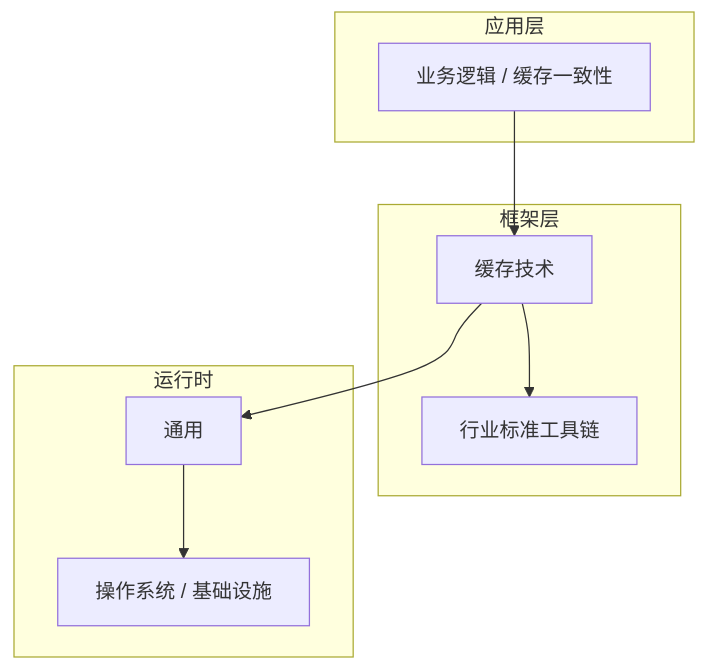
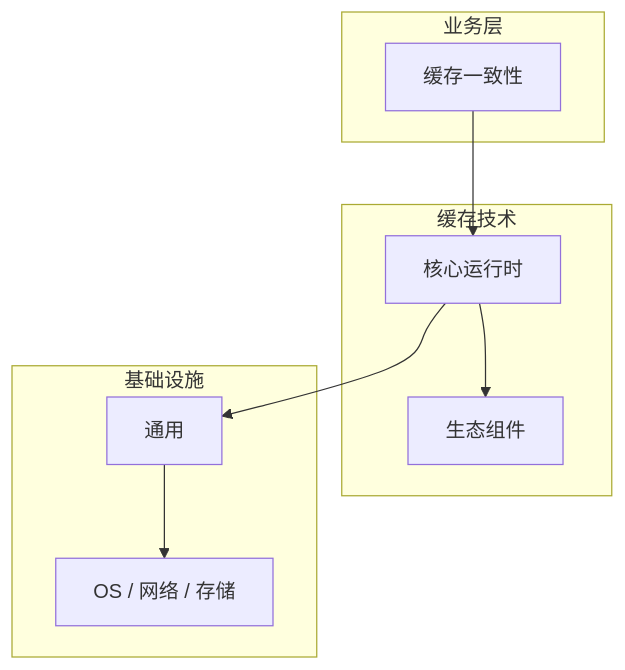
Before and after one commit to yanggan2015/knowledge-json-v2: the diagram in articles/缓存技术/chapters/031-缓存一致性核心概念与原理.md, drawn with Mermaid. The commit also changed other lines of this file and 10127 other files, not shown here.

````diff
--- a/articles/缓存技术/chapters/031-缓存一致性核心概念与原理.md
+++ b/articles/缓存技术/chapters/031-缓存一致性核心概念与原理.md
@@ -45,18 +34,18 @@
 ```mermaid
 graph TB
-    subgraph 应用层
-        A[业务逻辑 / 缓存一致性]
+    subgraph 业务层
+        A[缓存一致性]
     end
-    subgraph 框架层
-        B[缓存技术]
-        C[行业标准工具链]
+    subgraph 缓存技术
+        B[核心运行时]
+        C[生态组件]
     end
-    subgraph 运行时
+    subgraph 基础设施
         D[通用]
-        E[操作系统 / 基础设施]
+        E[OS / 网络 / 存储]
     end
     A --> B
     B --> C
     B --> D
     D --> E
 ```
````
